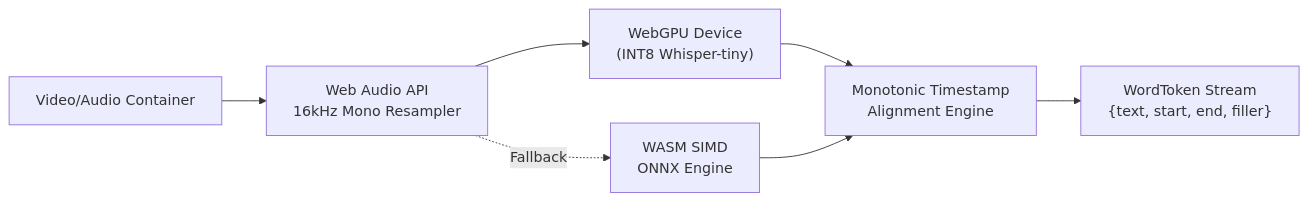
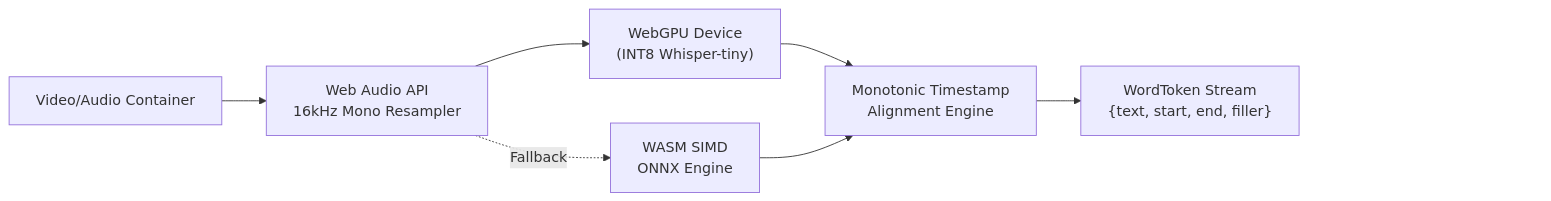
Before and after one commit to aksjc2023-code/scarlet-rewrite: the second of 4 diagrams in README.md, drawn with Mermaid. The commit also changed other lines of this file, not shown here.

Commit message:
docs: add invisible right margin spacers to all Mermaid workflow diagrams to prevent GitHub interactive buttons from overlapping content

````diff
--- a/README.md
+++ b/README.md
@@ -171,9 +175,12 @@
 ```mermaid
 flowchart LR
     Media["Video/Audio Container"] --> Resample["Web Audio API\n16kHz Mono Resampler"]
     Resample --> WebGPU["WebGPU Device\n(INT8 Whisper-tiny)"]
     Resample -.->|Fallback| WASM["WASM SIMD\nONNX Engine"]
     WebGPU --> Alignment["Monotonic Timestamp\nAlignment Engine"]
     WASM --> Alignment
     Alignment --> Tokens["WordToken Stream\n{text, start, end, filler}"]
+
+    Tokens ~~~ Pad1["&nbsp;&nbsp;&nbsp;&nbsp;&nbsp;&nbsp;&nbsp;&nbsp;&nbsp;&nbsp;&nbsp;&nbsp;&nbsp;&nbsp;&nbsp;&nbsp;&nbsp;&nbsp;&nbsp;&nbsp;&nbsp;&nbsp;&nbsp;&nbsp;&nbsp;&nbsp;&nbsp;&nbsp;&nbsp;&nbsp;&nbsp;&nbsp;"]
+    style Pad1 fill:none,stroke:none,color:none
 ```
````
